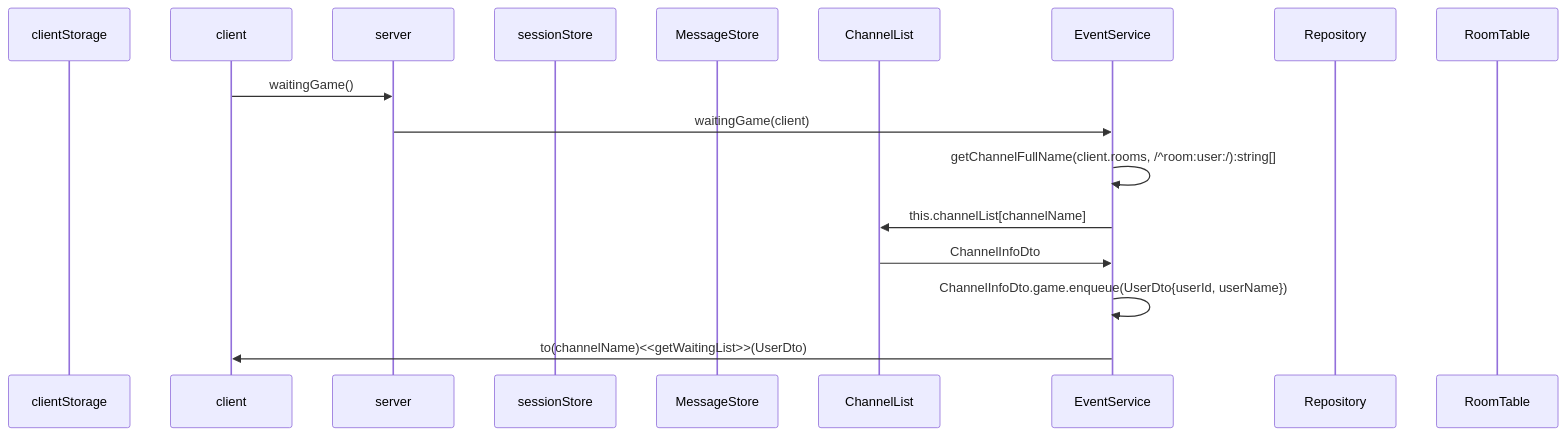
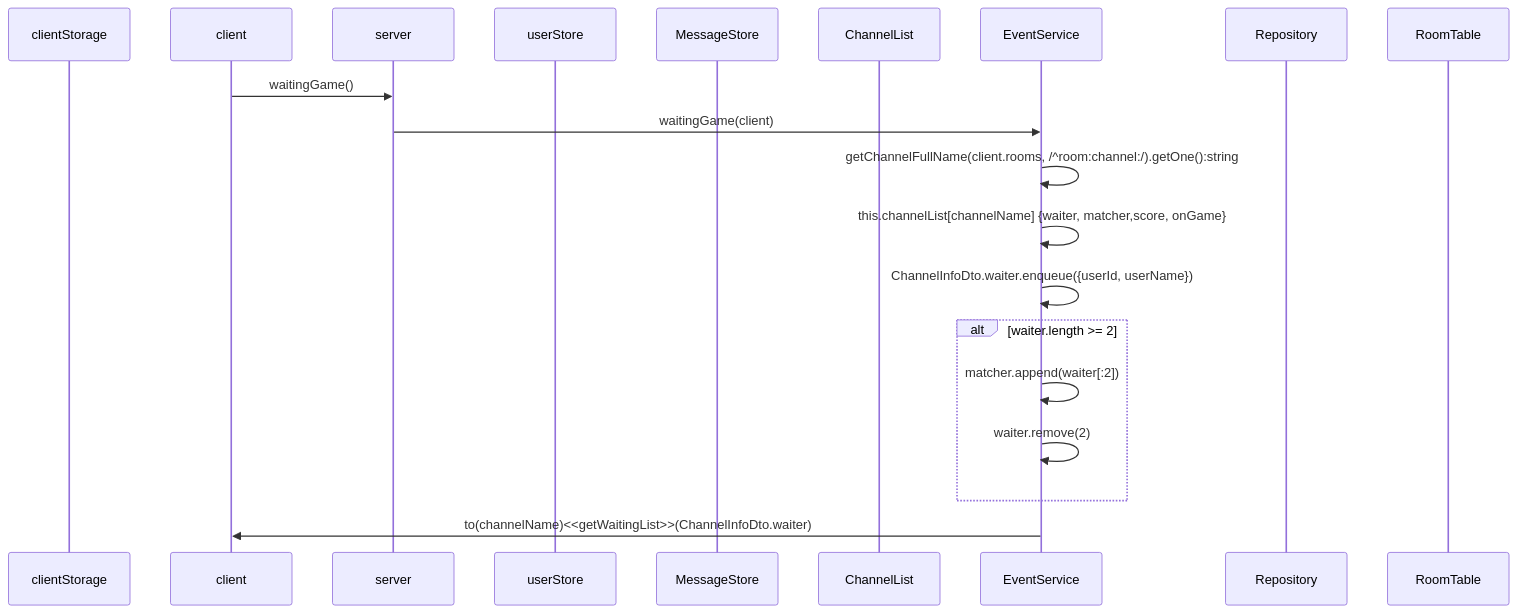
Diagram 15 of 19 in backend/node/app/event.md (mtak0235/simmons_transcendence), drawn with Mermaid before and after one commit. The commit also changed other lines of this file, not shown here.

````diff
--- a/backend/node/app/event.md
+++ b/backend/node/app/event.md
@@ -376,20 +427,23 @@
 ```mermaid
 sequenceDiagram
 participant cls as clientStorage
 participant c as client
 participant ga as server
-participant ss as sessionStore
+participant ss as userStore
 participant ms as MessageStore
 participant cns as ChannelList
 participant cs as EventService
 participant r as Repository
 participant rt as RoomTable
 
 c->>ga: waitingGame()
 ga->>cs: waitingGame(client)
-cs->>cs: getChannelFullName(client.rooms, /^room:user:/):string[]
-cs->>cns: this.channelList[channelName]
-cns->>cs: ChannelInfoDto
-cs->>cs: ChannelInfoDto.game.enqueue(UserDto{userId, userName})
-cs->>c: to(channelName)<<getWaitingList>>(UserDto)
+cs->>cs: getChannelFullName(client.rooms, /^room:channel:/).getOne():string
+cs->>cs: this.channelList[channelName] {waiter, matcher,score, onGame}
+cs->>cs: ChannelInfoDto.waiter.enqueue({userId, userName})
+alt waiter.length >= 2
+cs->>cs: matcher.append(waiter[:2])
+cs->>cs: waiter.remove(2)
+end
+cs->>c: to(channelName)<<getWaitingList>>(ChannelInfoDto.waiter)
 ```
````
